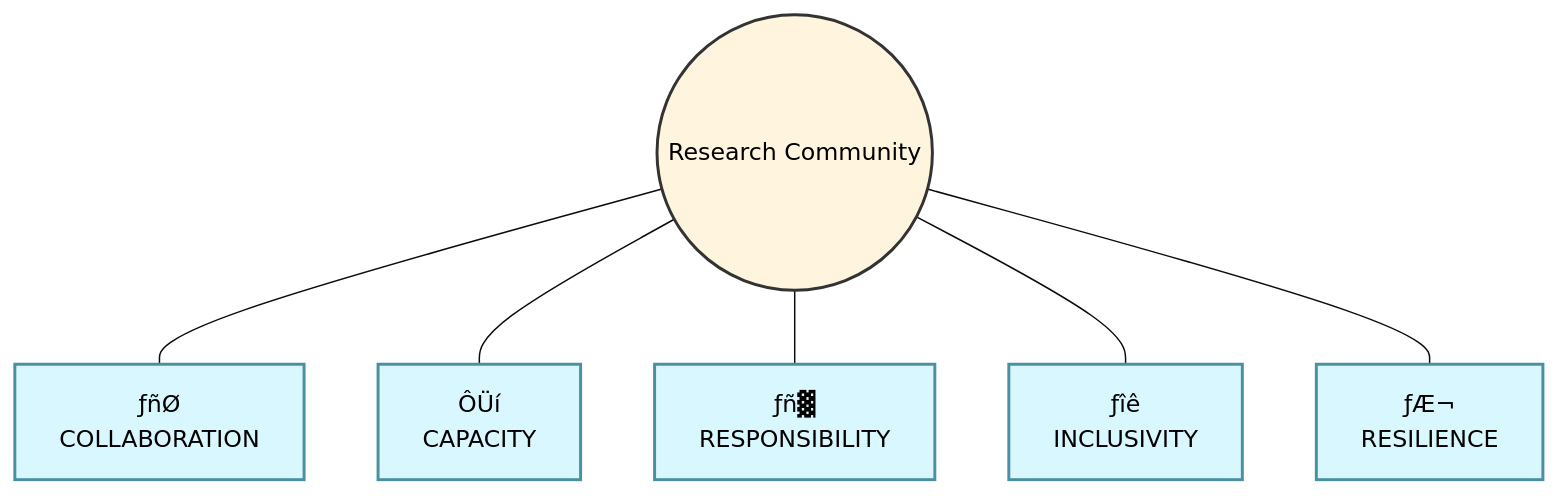
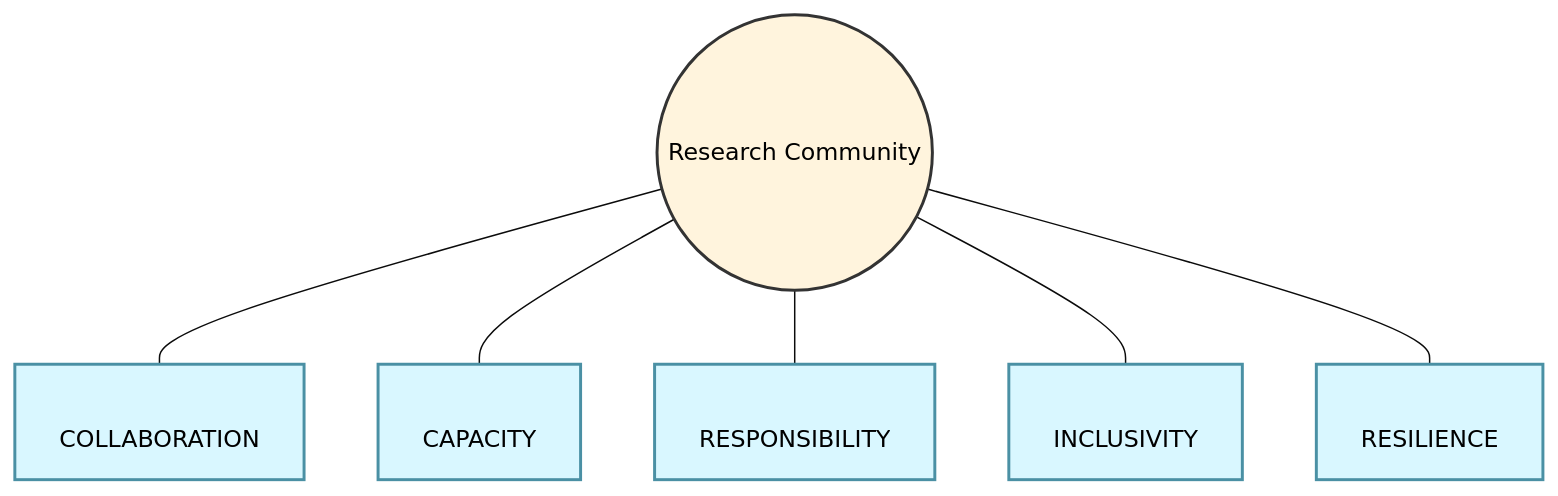
One commit to Digital-Future-Institute/CoARA changed the second of 2 diagrams in 6.-Responsible-Research-Assessment-(RRA).md. Above: the diagram before and after it, drawn with Mermaid (base theme).

````diff
--- a/6.-Responsible-Research-Assessment-(RRA).md
+++ b/6.-Responsible-Research-Assessment-(RRA).md
@@ -203,22 +203,22 @@
 ```mermaid
 graph TD
     RC(("Research Community"))
 
-    C["­ƒñØ<br/>COLLABORATION"]
-    CA["ÔÜí<br/>CAPACITY"]
-    R["­ƒñ▓<br/>RESPONSIBILITY"]
-    I["­ƒîê<br/>INCLUSIVITY"]
-    RE["­ƒÆ¬<br/>RESILIENCE"]
+    C["<br/>COLLABORATION"]
+    CA["<br/>CAPACITY"]
+    R["­<br/>RESPONSIBILITY"]
+    I["­<br/>INCLUSIVITY"]
+    RE["<br/>RESILIENCE"]
 
     RC --- C
     RC --- CA
     RC --- R
     RC --- I
     RC --- RE
 
     classDef center fill:#ffffff#f6e7a1,stroke:#333,stroke-width:2px,color:#000;
     classDef pillar fill:#d9f7ff,stroke:#4a90a4,stroke-width:2px,color:#000;
 
     class RC center;
     class C,CA,R,I,RE pillar;
 ```
````
